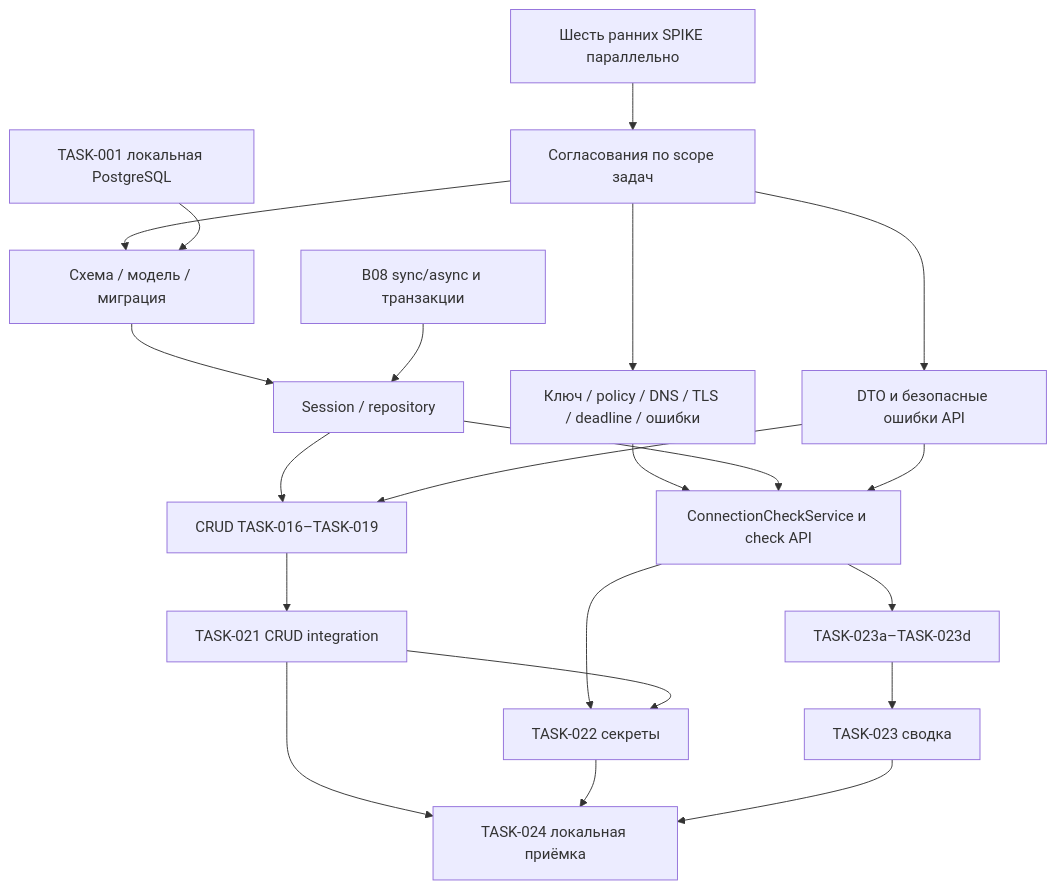
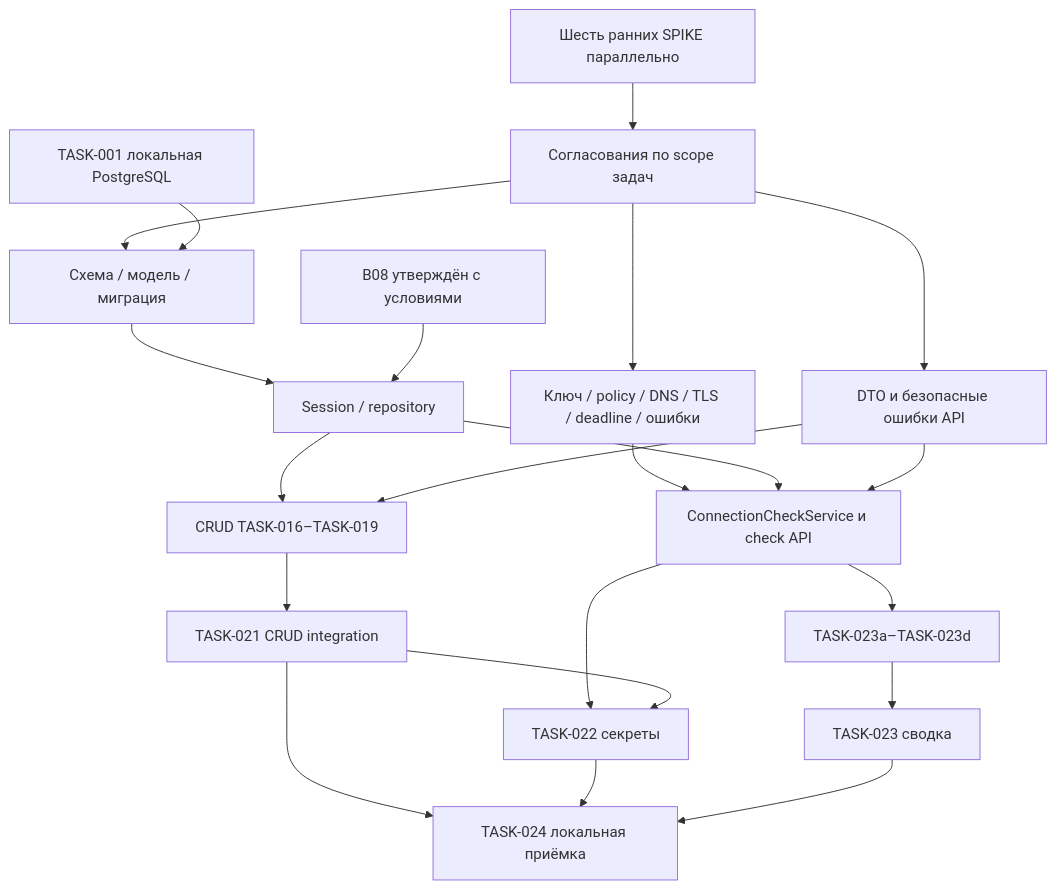
Before and after one commit to TruenameX/DataFlow-Manager: the diagram in docs/BACKLOG.md, drawn with Mermaid. The commit also changed other lines of this file and 19 other files, not shown here.

````diff
--- a/docs/BACKLOG.md
+++ b/docs/BACKLOG.md
@@ -869,23 +1275,23 @@
 ```mermaid
 flowchart TD
   R[Шесть ранних SPIKE параллельно] --> D[Согласования по scope задач]
   D --> P[Схема / модель / миграция]
   P --> U[Session / repository]
-  B[B08 sync/async и транзакции] --> U
+  B[B08 утверждён с условиями] --> U
   I[TASK-001 локальная PostgreSQL] --> P
   D --> S[Ключ / policy / DNS / TLS / deadline / ошибки]
   D --> A[DTO и безопасные ошибки API]
   U --> C[CRUD TASK-016–TASK-019]
   A --> C
   S --> K[ConnectionCheckService и check API]
   U --> K
   A --> K
   C --> T[TASK-021 CRUD integration]
   K --> N[TASK-023a–TASK-023d]
   K --> L[TASK-022 секреты]
   T --> L
   N --> W[TASK-023 сводка]
   T --> F[TASK-024 локальная приёмка]
   L --> F
   W --> F
 ```
````
